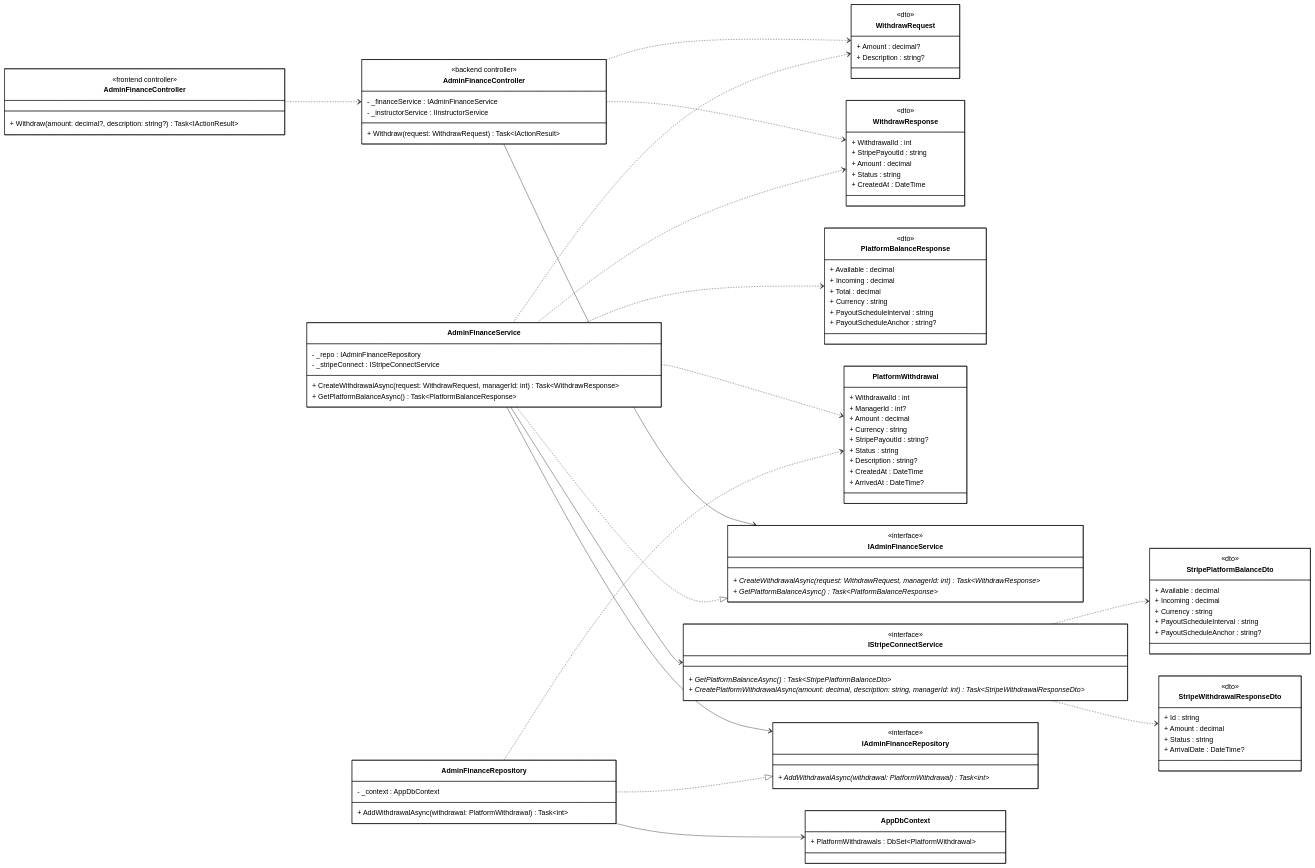
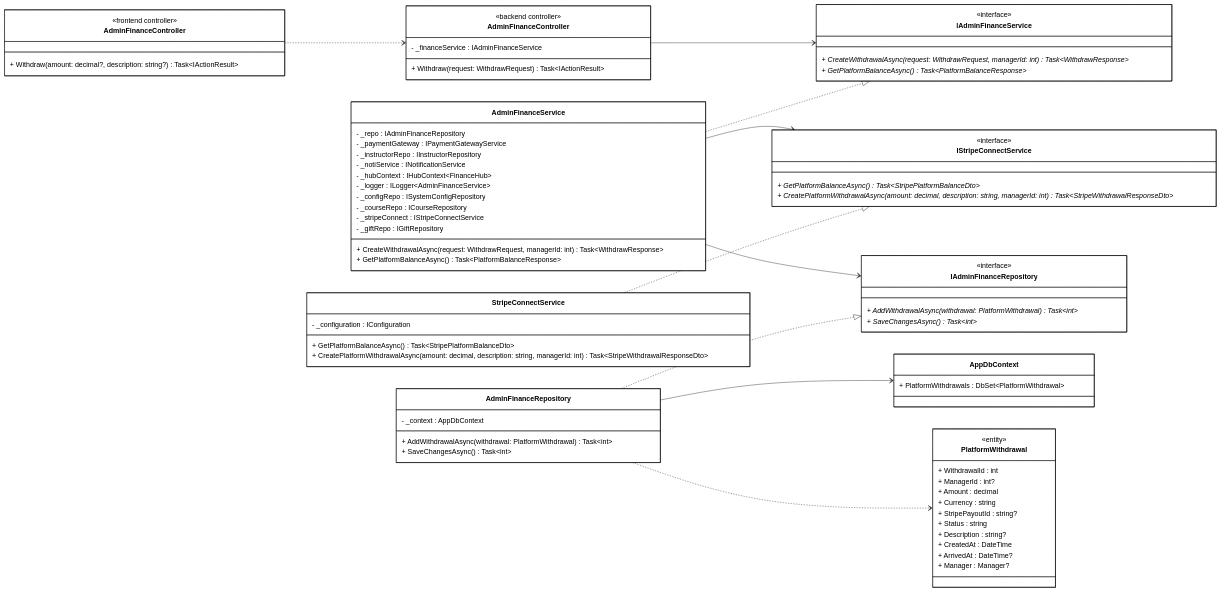
The diagram in diagrams/class_mermaid/cls_mm_withdraw_funds.mmd (1000do/Linked), drawn with Mermaid before and after one commit. The commit also changed 52 other files, not shown here.

Commit message:
feat: implement base transaction/finance controllers and add technical design documentation for core business flows

```diff
--- a/diagrams/class_mermaid/cls_mm_withdraw_funds.mmd
+++ b/diagrams/class_mermaid/cls_mm_withdraw_funds.mmd
@@ -1,146 +1,109 @@
 classDiagram
 direction LR
 
-%% ==================== FRONTEND ====================
+%% ==================== FRONTEND - CONTROLLER ====================
 
 class AdminFinanceControllerFE["AdminFinanceController"] {
     <<frontend controller>>
     + Withdraw(amount: decimal?, description: string?) Task~IActionResult~
 }
 
 %% ==================== BACKEND - CONTROLLER ====================
 
 class AdminFinanceControllerBE["AdminFinanceController"] {
     <<backend controller>>
     - _financeService : IAdminFinanceService
-    - _instructorService : IInstructorService
     + Withdraw(request: WithdrawRequest) Task~IActionResult~
-}
-
-%% ==================== BACKEND - DTOs ====================
-
-class WithdrawRequest {
-    <<dto>>
-    + Amount : decimal?
-    + Description : string?
-}
-
-class WithdrawResponse {
-    <<dto>>
-    + WithdrawalId : int
-    + StripePayoutId : string
-    + Amount : decimal
-    + Status : string
-    + CreatedAt : DateTime
-}
-
-class PlatformBalanceResponse {
-    <<dto>>
-    + Available : decimal
-    + Incoming : decimal
-    + Total : decimal
-    + Currency : string
-    + PayoutScheduleInterval : string
-    + PayoutScheduleAnchor : string?
-}
-
-class StripePlatformBalanceDto {
-    <<dto>>
-    + Available : decimal
-    + Incoming : decimal
-    + Currency : string
-    + PayoutScheduleInterval : string
-    + PayoutScheduleAnchor : string?
-}
-
-class StripeWithdrawalResponseDto {
-    <<dto>>
-    + Id : string
-    + Amount : decimal
-    + Status : string
-    + ArrivalDate : DateTime?
-}
-
-%% ==================== BACKEND - DOMAIN ENTITIES ====================
-
-class PlatformWithdrawal {
-    + WithdrawalId : int
-    + ManagerId : int?
-    + Amount : decimal
-    + Currency : string
-    + StripePayoutId : string?
-    + Status : string
-    + Description : string?
-    + CreatedAt : DateTime
-    + ArrivedAt : DateTime?
 }
 
 %% ==================== BACKEND - SERVICE INTERFACES ====================
 
 class IAdminFinanceService {
     <<interface>>
     + CreateWithdrawalAsync(request: WithdrawRequest, managerId: int) Task~WithdrawResponse~ *
     + GetPlatformBalanceAsync() Task~PlatformBalanceResponse~ *
 }
 
 class IStripeConnectService {
     <<interface>>
     + GetPlatformBalanceAsync() Task~StripePlatformBalanceDto~ *
     + CreatePlatformWithdrawalAsync(amount: decimal, description: string, managerId: int) Task~StripeWithdrawalResponseDto~ *
 }
 
-%% ==================== BACKEND - REPOSITORY INTERFACES ====================
-
 class IAdminFinanceRepository {
     <<interface>>
     + AddWithdrawalAsync(withdrawal: PlatformWithdrawal) Task~int~ *
+    + SaveChangesAsync() Task~int~ *
 }
 
-%% ==================== BACKEND - SERVICE IMPLEMENTATION ====================
+%% ==================== BACKEND - SERVICE/REPO IMPLEMENTATIONS ====================
 
 class AdminFinanceService {
     - _repo : IAdminFinanceRepository
+    - _paymentGateway : IPaymentGatewayService
+    - _instructorRepo : IInstructorRepository
+    - _notiService : INotificationService
+    - _hubContext : IHubContext~FinanceHub~
+    - _logger : ILogger~AdminFinanceService~
+    - _configRepo : ISystemConfigRepository
+    - _courseRepo : ICourseRepository
     - _stripeConnect : IStripeConnectService
+    - _giftRepo : IGiftRepository
     + CreateWithdrawalAsync(request: WithdrawRequest, managerId: int) Task~WithdrawResponse~
     + GetPlatformBalanceAsync() Task~PlatformBalanceResponse~
 }
 
-%% ==================== BACKEND - REPOSITORY IMPLEMENTATION ====================
+class StripeConnectService {
+    - _configuration : IConfiguration
+    + GetPlatformBalanceAsync() Task~StripePlatformBalanceDto~
+    + CreatePlatformWithdrawalAsync(amount: decimal, description: string, managerId: int) Task~StripeWithdrawalResponseDto~
+}
 
 class AdminFinanceRepository {
     - _context : AppDbContext
     + AddWithdrawalAsync(withdrawal: PlatformWithdrawal) Task~int~
+    + SaveChangesAsync() Task~int~
 }
 
-%% ==================== BACKEND - DbContext ====================
+%% ==================== BACKEND - DB CONTEXT ====================
 
 class AppDbContext {
     + PlatformWithdrawals : DbSet~PlatformWithdrawal~
 }
 
+%% ==================== BACKEND - DOMAIN ENTITIES ====================
+
+class PlatformWithdrawal {
+    <<entity>>
+    + WithdrawalId : int
+    + ManagerId : int?
+    + Amount : decimal
+    + Currency : string
+    + StripePayoutId : string?
+    + Status : string
+    + Description : string?
+    + CreatedAt : DateTime
+    + ArrivedAt : DateTime?
+    + Manager : Manager?
+}
+
 %% ==================== RELATIONSHIPS ====================
 
-%% === UNIDIRECTIONAL ASSOCIATION ===
-AdminFinanceControllerFE ..> AdminFinanceControllerBE
+%% === ASSOCIATION (solid arrow) ===
 AdminFinanceControllerBE --> IAdminFinanceService
+AdminFinanceService --> IStripeConnectService
 AdminFinanceService --> IAdminFinanceRepository
-AdminFinanceService --> IStripeConnectService
 AdminFinanceRepository --> AppDbContext
 
-%% === INTERFACE REALIZATION ===
+%% === REALIZATION (hollow arrow) ===
 AdminFinanceService ..|> IAdminFinanceService
+StripeConnectService ..|> IStripeConnectService
 AdminFinanceRepository ..|> IAdminFinanceRepository
 
-%% === DEPENDENCY ===
-AdminFinanceControllerBE ..> WithdrawRequest
-AdminFinanceControllerBE ..> WithdrawResponse
-AdminFinanceService ..> WithdrawRequest
-AdminFinanceService ..> WithdrawResponse
-AdminFinanceService ..> PlatformBalanceResponse
-AdminFinanceService ..> PlatformWithdrawal
-IStripeConnectService ..> StripePlatformBalanceDto
-IStripeConnectService ..> StripeWithdrawalResponseDto
+%% === DEPENDENCY (dashed arrow) ===
+AdminFinanceControllerFE ..> AdminFinanceControllerBE
 AdminFinanceRepository ..> PlatformWithdrawal
 
 %% ==================== STYLES ====================
+
 classDef default fill:#FFFFFF,stroke:#000000,stroke-width:1px,color:#000000
```
